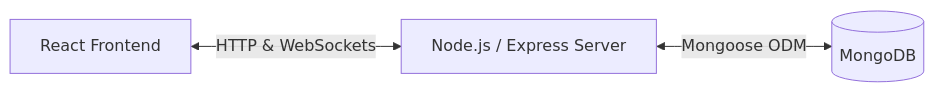
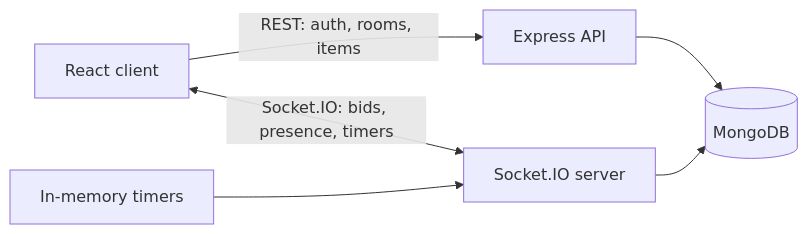
One commit to 2arnav4/AuctionHub changed the diagram in README.md. Above: the diagram before and after it, drawn with Mermaid. The commit also changed other lines of this file and 2 other files, not shown here.

````diff
--- a/README.md
+++ b/README.md
@@ -34,5 +49,8 @@
 ```mermaid
 flowchart LR
-  Client["React Frontend"] <-->|"HTTP & WebSockets"| Server["Node.js / Express Server"]
-  Server <-->|"Mongoose ODM"| Database[("MongoDB")]
+  C["React client"] -->|"REST: auth, rooms, items"| API["Express API"]
+  C <-->|"Socket.IO: bids, presence, timers"| SIO["Socket.IO server"]
+  API --> DB[("MongoDB")]
+  SIO --> DB
+  T["In-memory timers"] --> SIO
 ```
````
